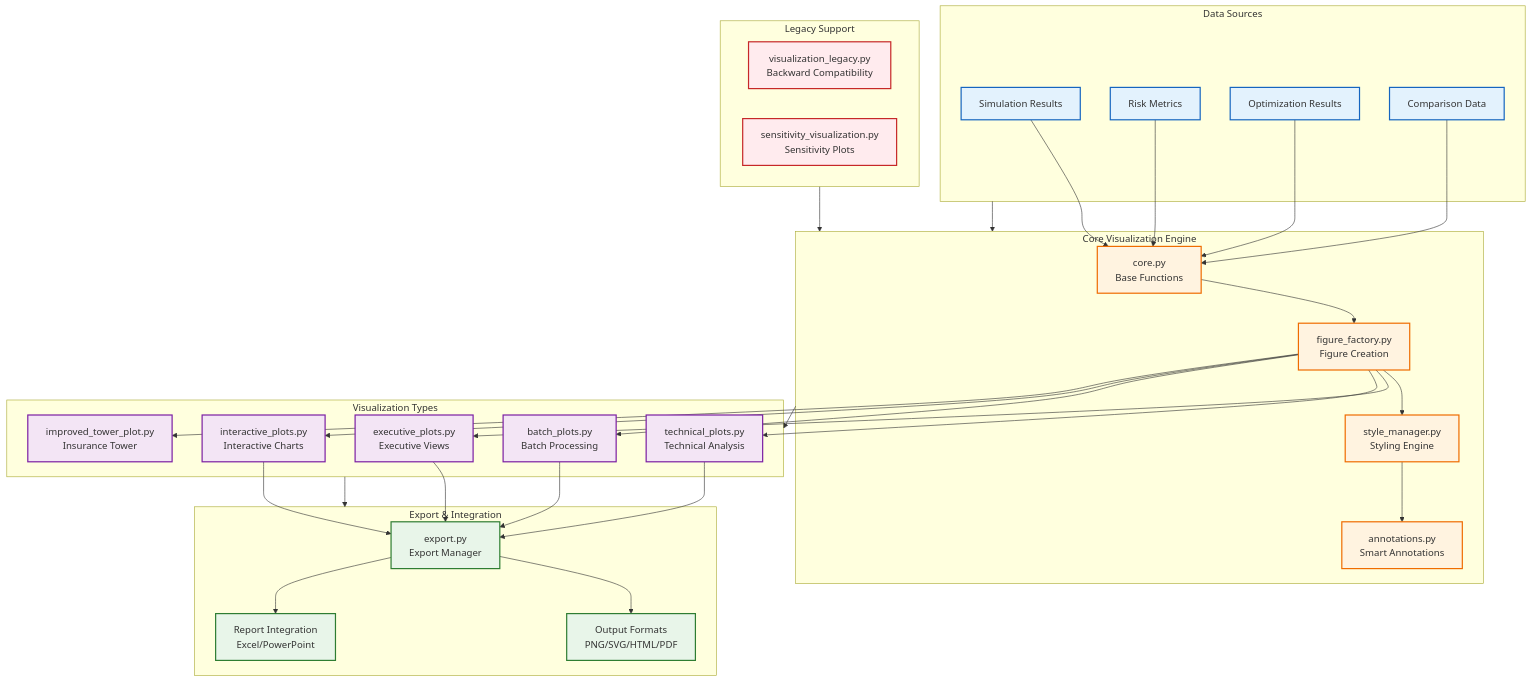
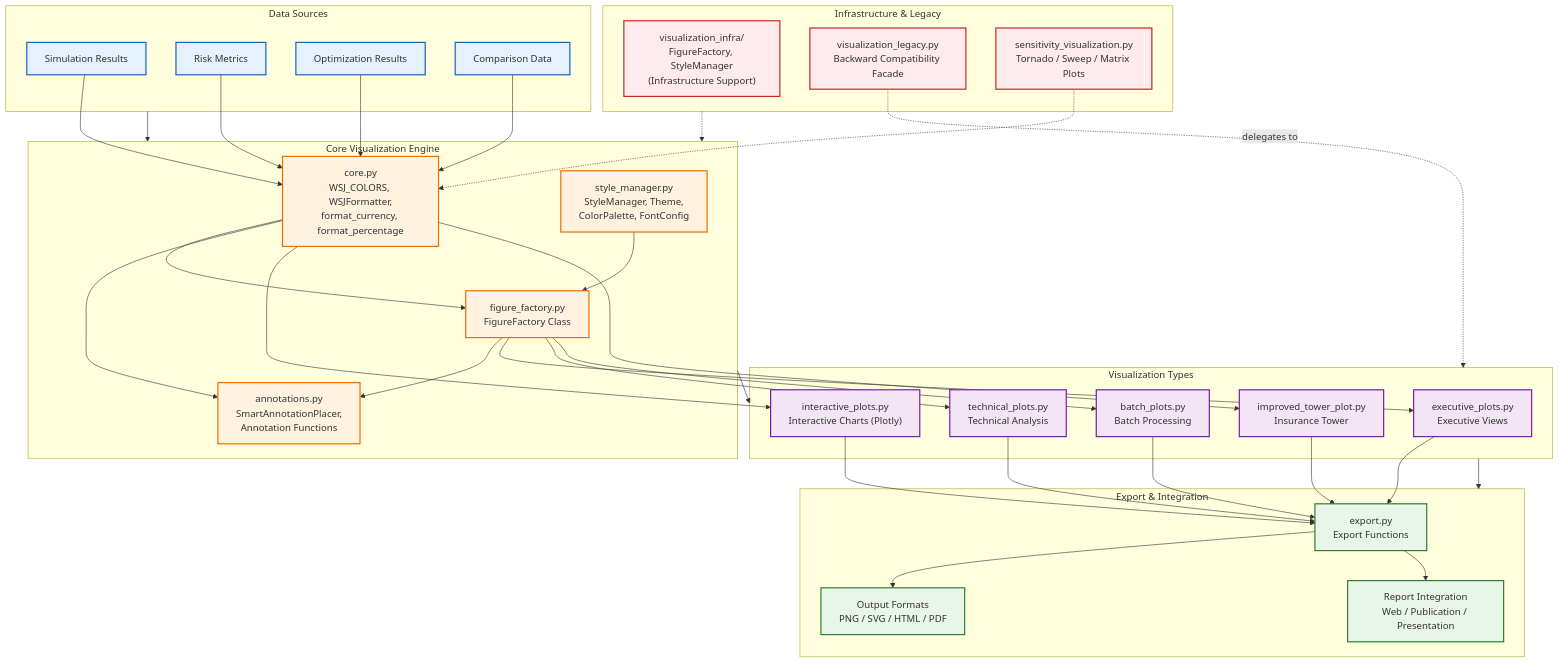
Before and after one commit to AlexFiliakov/Ergodic-Insurance-Limits: the first of 4 diagrams in ergodic_insurance/docs/architecture/visualization_architecture.md, drawn with Mermaid. The commit also changed other lines of this file and 14 other files, not shown here.

First line of the commit message:
docs: Update and expand Mermaid architecture diagrams (#185) (#341)

````diff
--- a/ergodic_insurance/docs/architecture/visualization_architecture.md
+++ b/ergodic_insurance/docs/architecture/visualization_architecture.md
@@ -16,10 +16,10 @@
 
     %% Core Components
     subgraph Core["Core Visualization Engine"]
-        VIZ_CORE["core.py<br/>Base Functions"]
-        FIG_FACTORY["figure_factory.py<br/>Figure Creation"]
-        STYLE_MGR["style_manager.py<br/>Styling Engine"]
-        ANNOTATIONS["annotations.py<br/>Smart Annotations"]
+        VIZ_CORE["core.py<br/>WSJ_COLORS, WSJFormatter,<br/>format_currency, format_percentage"]
+        FIG_FACTORY["figure_factory.py<br/>FigureFactory Class"]
+        STYLE_MGR["style_manager.py<br/>StyleManager, Theme,<br/>ColorPalette, FontConfig"]
+        ANNOTATIONS["annotations.py<br/>SmartAnnotationPlacer,<br/>Annotation Functions"]
     end
 
     %% Visualization Types
@@ -27,28 +27,29 @@
         EXEC_PLOTS["executive_plots.py<br/>Executive Views"]
         TECH_PLOTS["technical_plots.py<br/>Technical Analysis"]
         BATCH_PLOTS["batch_plots.py<br/>Batch Processing"]
-        INTER_PLOTS["interactive_plots.py<br/>Interactive Charts"]
+        INTER_PLOTS["interactive_plots.py<br/>Interactive Charts (Plotly)"]
         TOWER_PLOT["improved_tower_plot.py<br/>Insurance Tower"]
     end
 
     %% Export Layer
     subgraph Export["Export & Integration"]
-        EXPORT["export.py<br/>Export Manager"]
-        FORMATS["Output Formats<br/>PNG/SVG/HTML/PDF"]
-        EMBED["Report Integration<br/>Excel/PowerPoint"]
+        EXPORT["export.py<br/>Export Functions"]
+        FORMATS["Output Formats<br/>PNG / SVG / HTML / PDF"]
+        EMBED["Report Integration<br/>Web / Publication / Presentation"]
     end
 
-    %% Legacy Support
-    subgraph Legacy["Legacy Support"]
-        VIZ_LEGACY["visualization_legacy.py<br/>Backward Compatibility"]
-        SENS_VIZ["sensitivity_visualization.py<br/>Sensitivity Plots"]
+    %% Infrastructure & Legacy
+    subgraph InfraLegacy["Infrastructure & Legacy"]
+        VIZ_INFRA["visualization_infra/<br/>FigureFactory, StyleManager<br/>(Infrastructure Support)"]
+        VIZ_LEGACY["visualization_legacy.py<br/>Backward Compatibility Facade"]
+        SENS_VIZ["sensitivity_visualization.py<br/>Tornado / Sweep / Matrix Plots"]
     end
 
     %% Data Flow
     Input --> Core
     Core --> VizTypes
     VizTypes --> Export
-    Legacy --> Core
+    InfraLegacy -.-> Core
 
     SIM_DATA --> VIZ_CORE
     RISK_DATA --> VIZ_CORE
@@ -56,22 +57,27 @@
     COMP_DATA --> VIZ_CORE
 
     VIZ_CORE --> FIG_FACTORY
-    FIG_FACTORY --> STYLE_MGR
-    STYLE_MGR --> ANNOTATIONS
+    VIZ_CORE --> ANNOTATIONS
+    STYLE_MGR --> FIG_FACTORY
+    FIG_FACTORY --> ANNOTATIONS
 
     FIG_FACTORY --> EXEC_PLOTS
     FIG_FACTORY --> TECH_PLOTS
     FIG_FACTORY --> BATCH_PLOTS
-    FIG_FACTORY --> INTER_PLOTS
-    FIG_FACTORY --> TOWER_PLOT
+    VIZ_CORE --> INTER_PLOTS
+    VIZ_CORE --> TOWER_PLOT
 
     EXEC_PLOTS --> EXPORT
     TECH_PLOTS --> EXPORT
     BATCH_PLOTS --> EXPORT
     INTER_PLOTS --> EXPORT
+    TOWER_PLOT --> EXPORT
 
     EXPORT --> FORMATS
     EXPORT --> EMBED
+
+    VIZ_LEGACY -.->|delegates to| VizTypes
+    SENS_VIZ -.-> VIZ_CORE
 
     %% Styling
     classDef input fill:#e3f2fd,stroke:#1565c0,stroke-width:2px
@@ -84,5 +90,5 @@
     class VIZ_CORE,FIG_FACTORY,STYLE_MGR,ANNOTATIONS core
     class EXEC_PLOTS,TECH_PLOTS,BATCH_PLOTS,INTER_PLOTS,TOWER_PLOT viz
     class EXPORT,FORMATS,EMBED export
-    class VIZ_LEGACY,SENS_VIZ legacy
+    class VIZ_INFRA,VIZ_LEGACY,SENS_VIZ legacy
 ```
````
